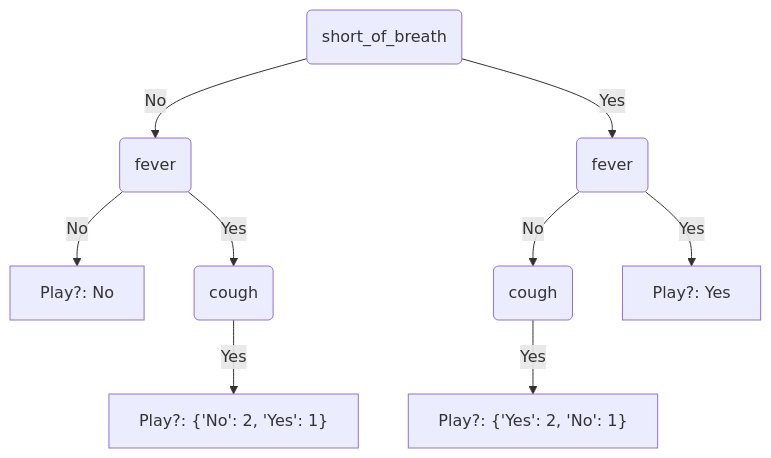
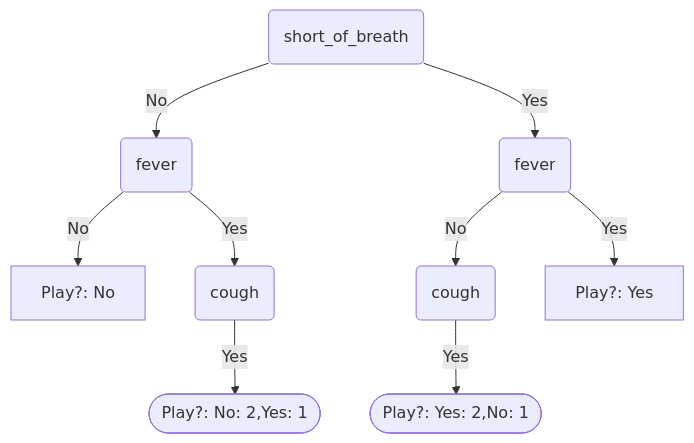
Before and after one commit to cyoq/decision-tree: the second of 2 diagrams in README.md, drawn with Mermaid. The commit also changed 1 other file, not shown here.

Commit message:
Fix probabilstic node display

````diff
--- a/README.md
+++ b/README.md
@@ -47,21 +47,21 @@
 ```mermaid
 graph TB
     node_short_of_breath_("short_of_breath")
     node_fever_No("fever")
     leaf_No_No["Play?: No"]
     node_cough_Yes("cough")
-    leaf_No_2_Yes_1_Yes["Play?: {'No': 2, 'Yes': 1}"]
+    leaf_prob_No_2_Yes_1_Yes(["Play?: No: 2,Yes: 1"])
     node_fever_Yes("fever")
     node_cough_No("cough")
-    leaf_Yes_2_No_1_Yes["Play?: {'Yes': 2, 'No': 1}"]
+    leaf_prob_Yes_2_No_1_Yes(["Play?: Yes: 2,No: 1"])
     leaf_Yes_Yes["Play?: Yes"]
 
     node_short_of_breath_ -->|No| node_fever_No
     node_fever_No -->|No| leaf_No_No
     node_fever_No -->|Yes| node_cough_Yes
-    node_cough_Yes -->|Yes| leaf_No_2_Yes_1_Yes
+    node_cough_Yes -->|Yes| leaf_prob_No_2_Yes_1_Yes
     node_short_of_breath_ -->|Yes| node_fever_Yes
     node_fever_Yes -->|No| node_cough_No
-    node_cough_No -->|Yes| leaf_Yes_2_No_1_Yes
+    node_cough_No -->|Yes| leaf_prob_Yes_2_No_1_Yes
     node_fever_Yes -->|Yes| leaf_Yes_Yes
 ```
````
